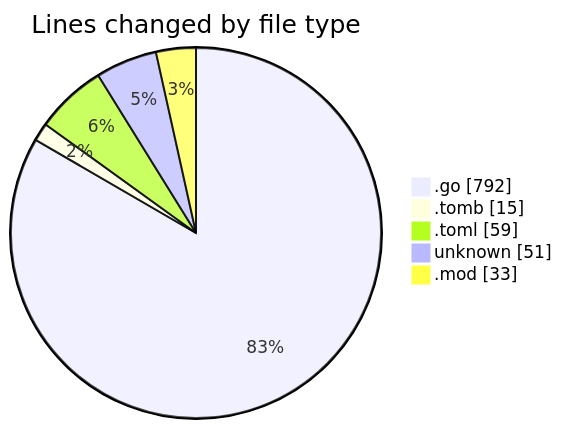
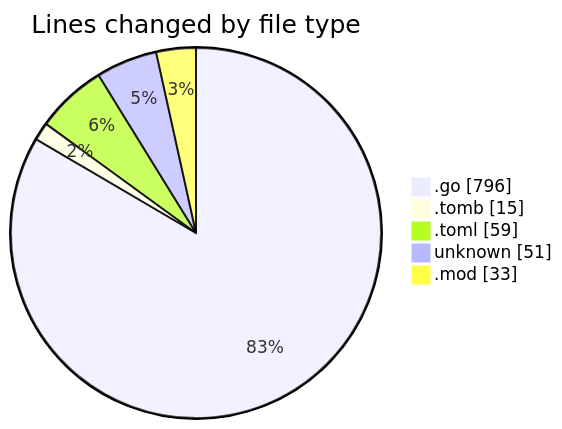
One commit to Ritupan-Deka/code-tracking changed the first of 2 diagrams in 2025-10-31/backend/README.md. Above: the diagram before and after it, drawn with Mermaid. The commit also changed other lines of this file and 1 other file, not shown here.

````diff
--- a/2025-10-31/backend/README.md
+++ b/2025-10-31/backend/README.md
@@ -29,9 +29,9 @@
 ```mermaid
 pie showData
 title Lines changed by file type
-".go" : 792
+".go" : 796
 ".tomb" : 15
 ".toml" : 59
 "unknown" : 51
 ".mod" : 33
 ```
````
